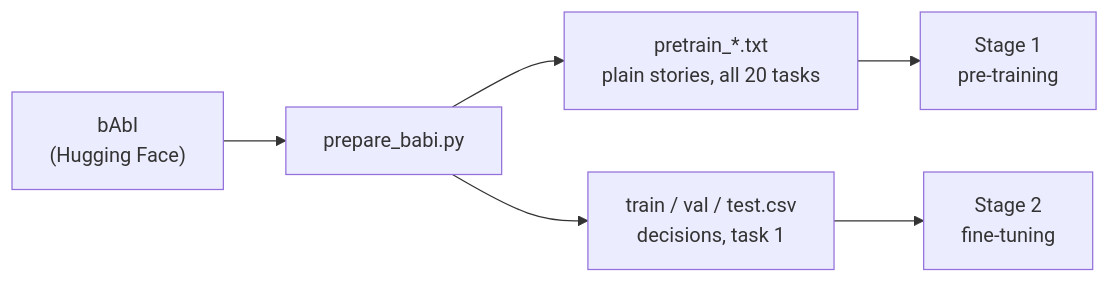
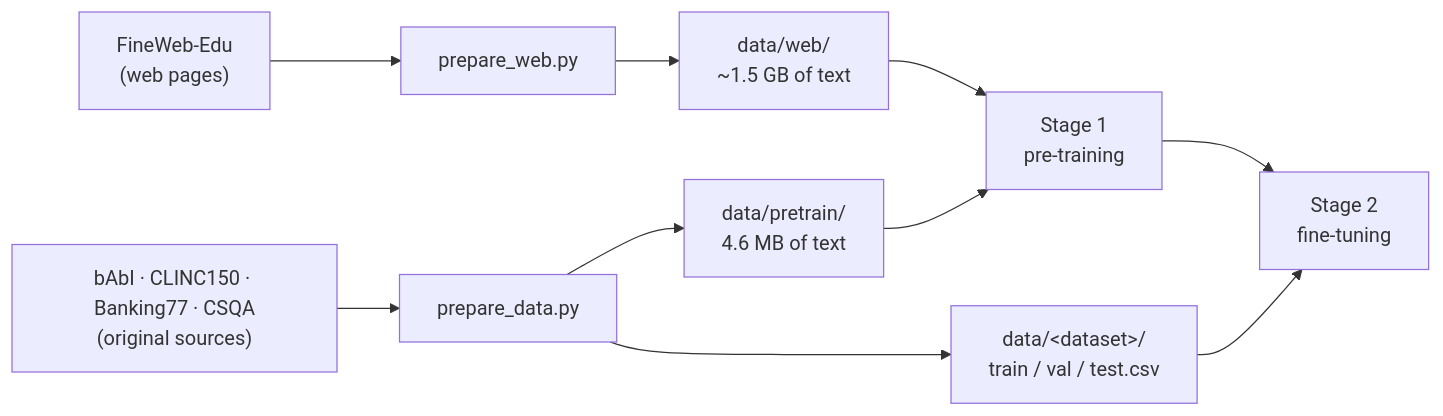
The diagram in docs/02-data.md (benisalla/tiny-dlms), drawn with Mermaid before and after one commit. The commit also changed other lines of this file and 16 other files, not shown here.

First line of the commit message:
Real pre-training on 1.5 GB of web text, BPE prefix space, data docs

````diff
--- a/docs/02-data.md
+++ b/docs/02-data.md
@@ -16,8 +12,11 @@
 ```mermaid
 flowchart LR
-    B["bAbI<br/>(Hugging Face)"] --> P["prepare_babi.py"]
-    P --> T1["pretrain_*.txt<br/>plain stories, all 20 tasks"]
-    P --> T2["train / val / test.csv<br/>decisions, task 1"]
-    T1 --> S1["Stage 1<br/>pre-training"]
-    T2 --> S2["Stage 2<br/>fine-tuning"]
+    W["FineWeb-Edu<br/>(web pages)"] --> PW["prepare_web.py"] --> DW["data/web/<br/>~1.5 GB of text"]
+    S["bAbI · CLINC150 · Banking77 · CSQA<br/>(original sources)"] --> PD["prepare_data.py"]
+    PD --> DP["data/pretrain/<br/>4.6 MB of text"]
+    PD --> DF["data/&lt;dataset&gt;/<br/>train / val / test.csv"]
+    DW --> S1["Stage 1<br/>pre-training"]
+    DP --> S1
+    DF --> S2["Stage 2<br/>fine-tuning"]
+    S1 --> S2
 ```
````
